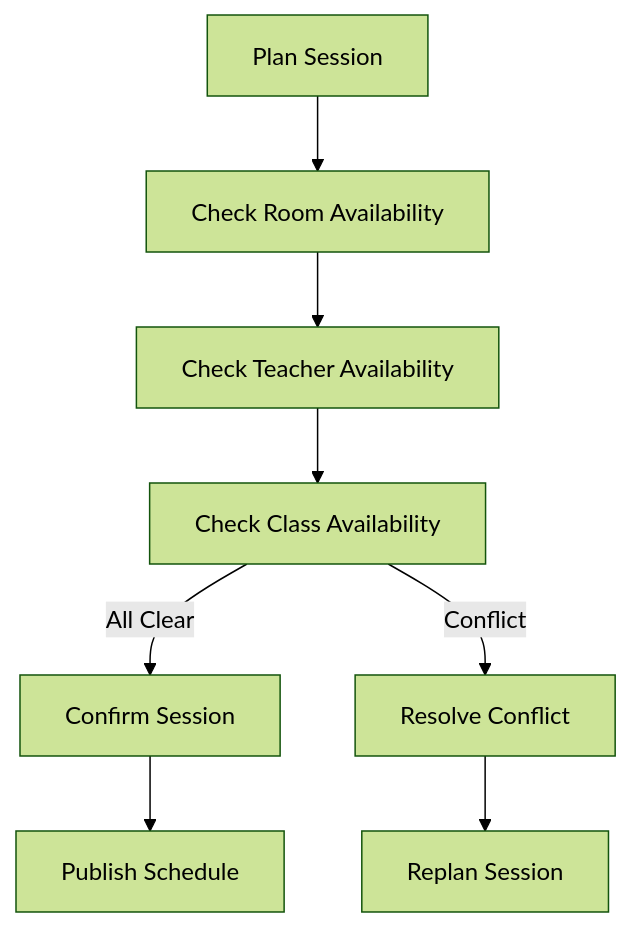
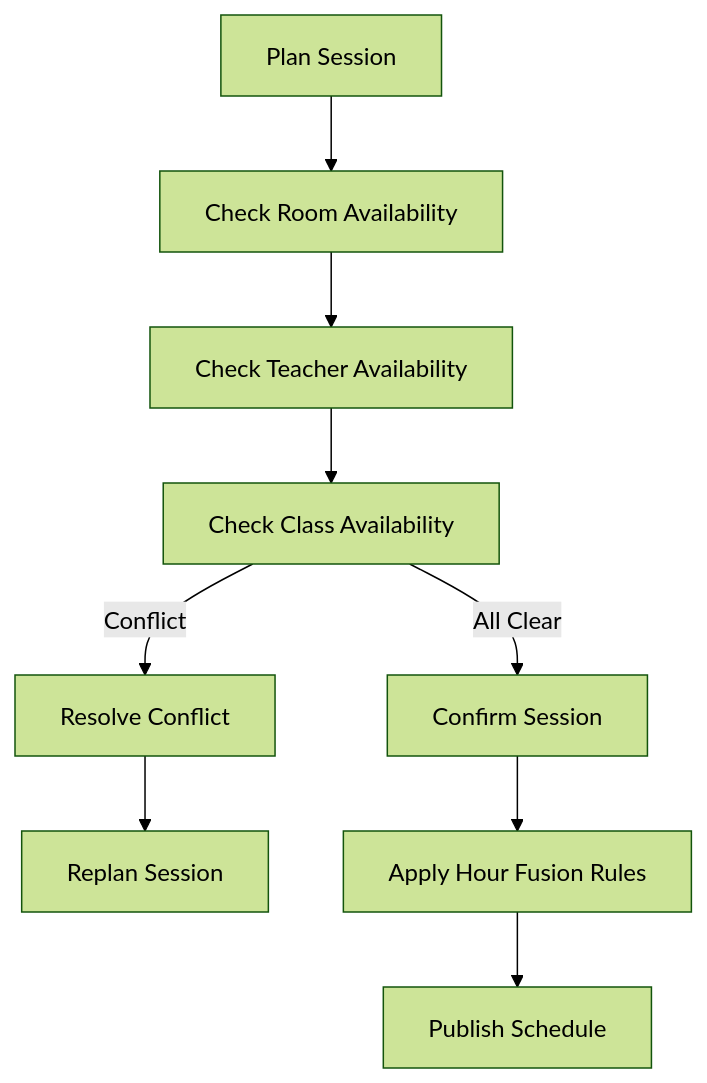
Before and after one commit to franckylab/eLISAschool: the seventh of 17 diagrams in .qoder/repowiki/en/content/Database Schema Design/Academic Schema/Academic Schema.md, drawn with Mermaid (forest theme). The commit also changed other lines of this file and 455 other files, not shown here.

````diff
--- a/.qoder/repowiki/en/content/Database Schema Design/Academic Schema/Academic Schema.md
+++ b/.qoder/repowiki/en/content/Database Schema Design/Academic Schema/Academic Schema.md
@@ -455,10 +506,11 @@
 ```mermaid
 flowchart TD
 PlanSession["Plan Session"] --> CheckRoom["Check Room Availability"]
 CheckRoom --> CheckTeacher["Check Teacher Availability"]
 CheckTeacher --> CheckClass["Check Class Availability"]
 CheckClass --> |All Clear| Confirm["Confirm Session"]
 CheckClass --> |Conflict| Resolve["Resolve Conflict"]
 Resolve --> Replan["Replan Session"]
-Confirm --> Publish["Publish Schedule"]
+Confirm --> HourFusion["Apply Hour Fusion Rules"]
+HourFusion --> Publish["Publish Schedule"]
 ```
````
